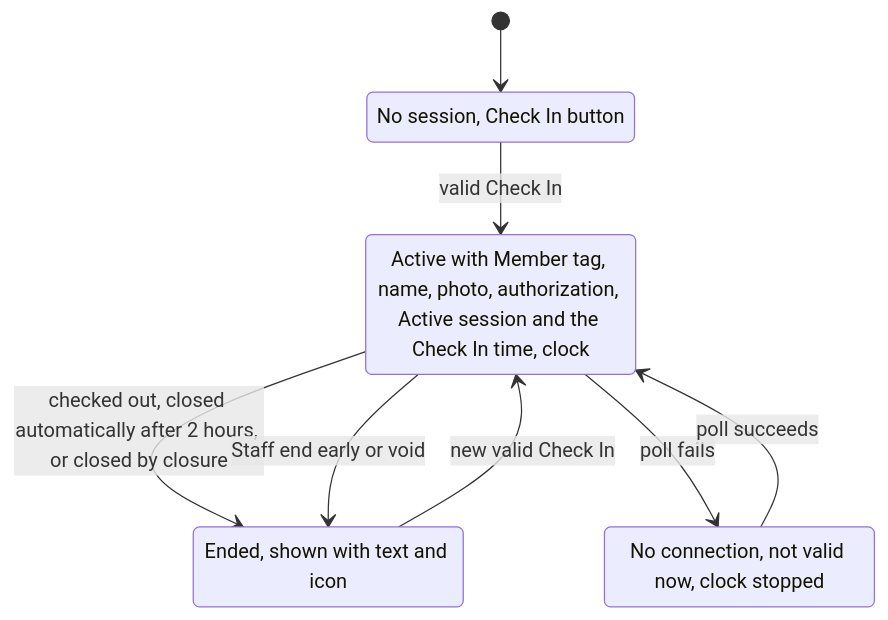
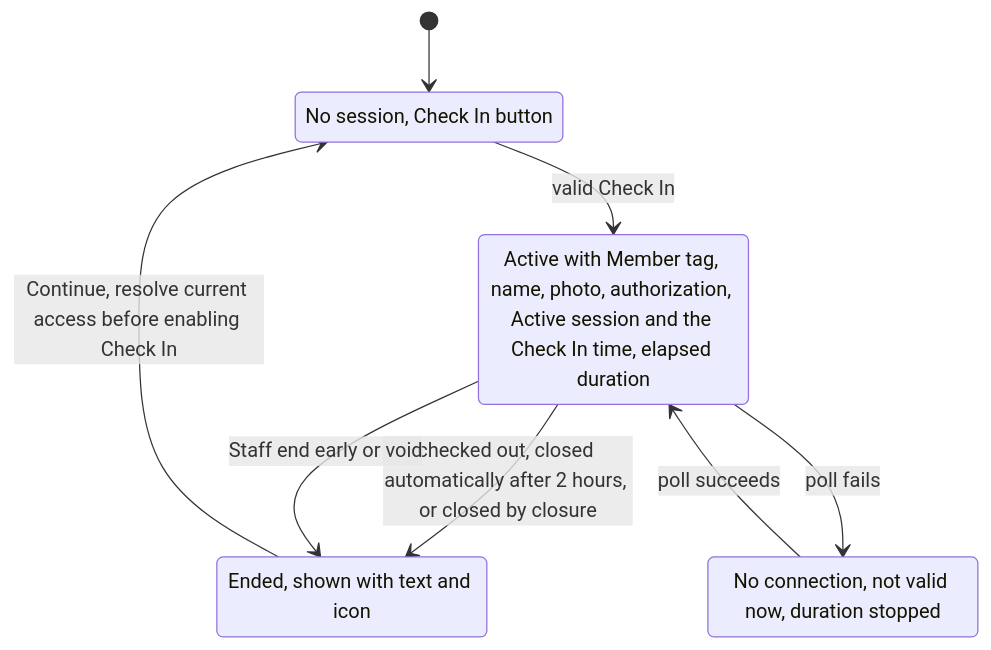
Before and after one commit to Th3-Minorities/natatorio-gym-app: the sixth of 12 diagrams in docs/design/check-in-flows.md, drawn with Mermaid. The commit also changed other lines of this file and 1 other file, not shown here.

Commit message:
more updates on changing to duration

````diff
--- a/docs/design/check-in-flows.md
+++ b/docs/design/check-in-flows.md
@@ -216,15 +217,15 @@
 ```mermaid
 stateDiagram-v2
   state "No session, Check In button" as pm_none
-  state "Active with Member tag, name, photo, authorization, Active session and the Check In time, clock" as pm_active
+  state "Active with Member tag, name, photo, authorization, Active session and the Check In time, elapsed duration" as pm_active
   state "Ended, shown with text and icon" as pm_expired
-  state "No connection, not valid now, clock stopped" as pm_offline
+  state "No connection, not valid now, duration stopped" as pm_offline
 
   [*] --> pm_none
   pm_none --> pm_active : valid Check In
   pm_active --> pm_expired : checked out, closed automatically after 2 hours, or closed by closure
   pm_active --> pm_expired : Staff end early or void
-  pm_expired --> pm_active : new valid Check In
+  pm_expired --> pm_none : Continue, resolve current access before enabling Check In
   pm_active --> pm_offline : poll fails
   pm_offline --> pm_active : poll succeeds
 ```
````
